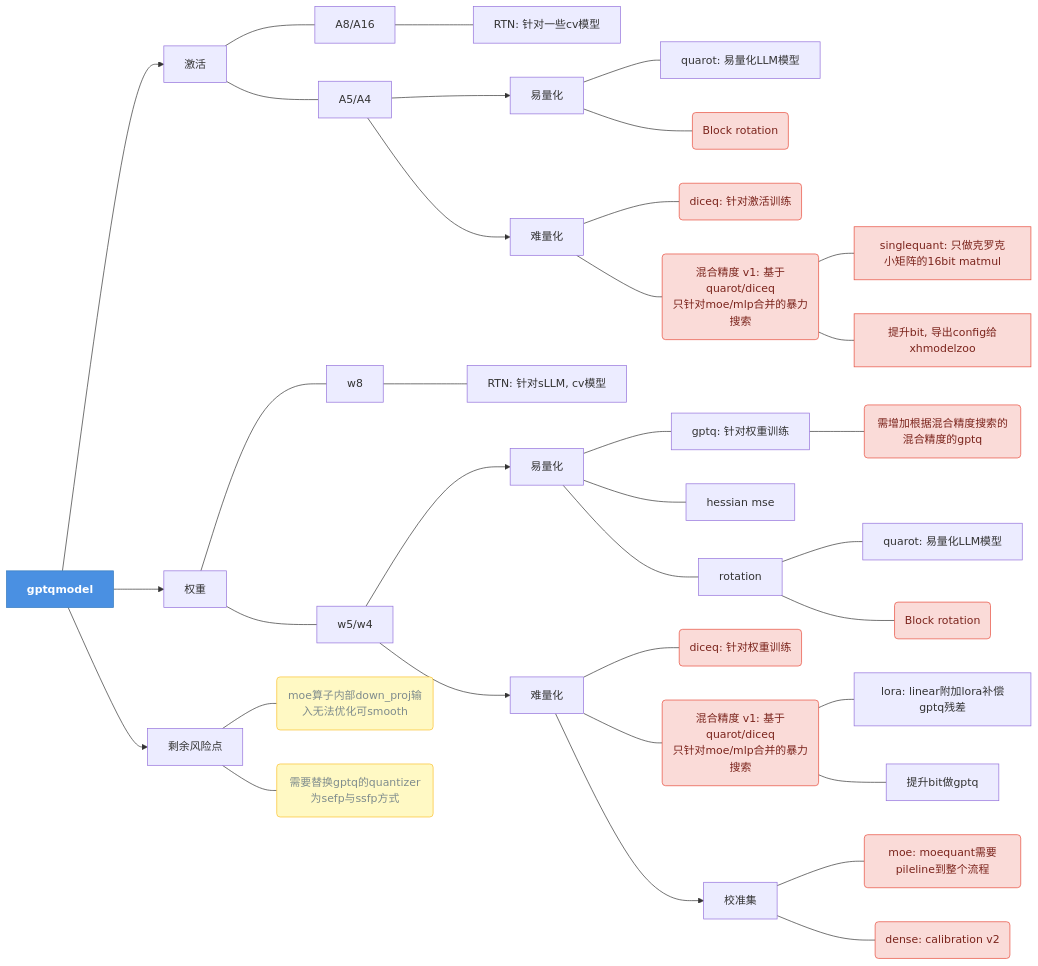
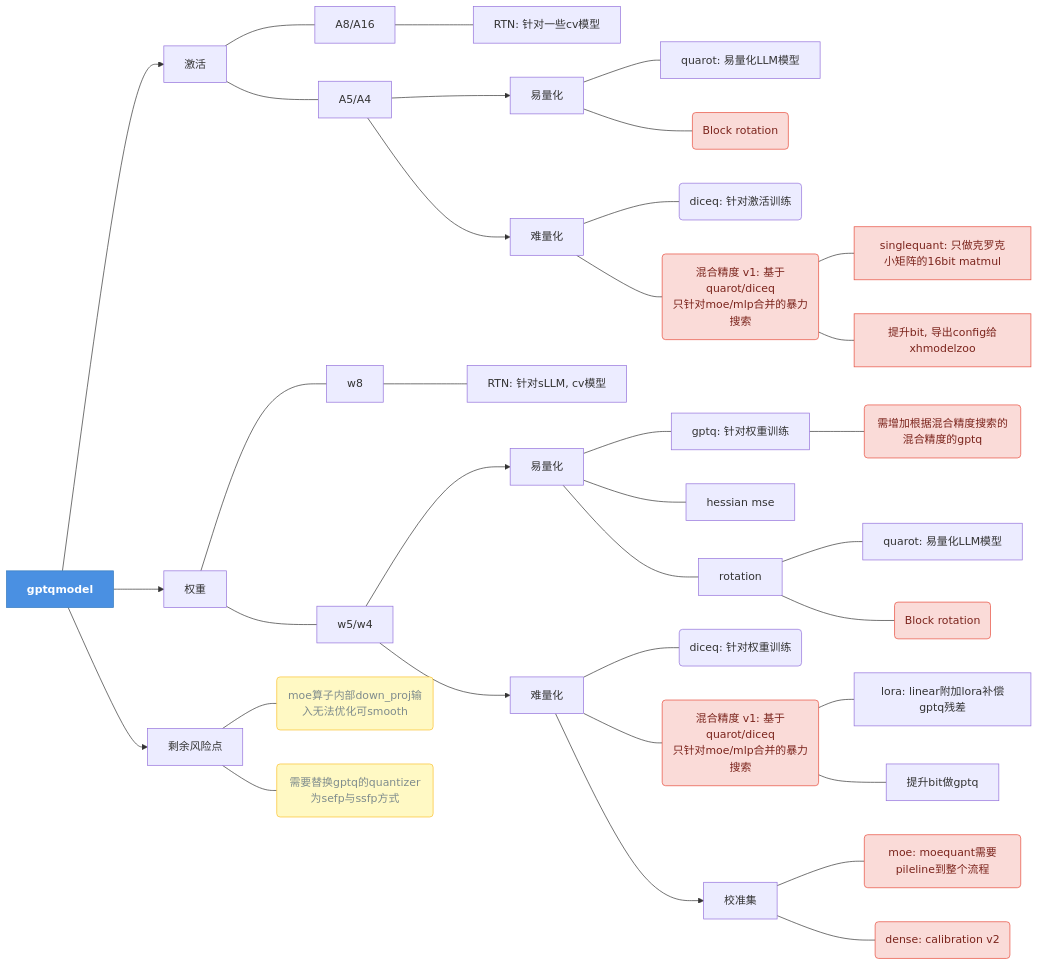
One commit to houmo-ai/postmo-gptqmodel changed the second of 2 diagrams in README_XH.md. Above: the diagram before and after it, drawn with Mermaid. The commit also changed other lines of this file and 11 other files, not shown here.

````diff
--- a/README_XH.md
+++ b/README_XH.md
@@ -48,55 +49,55 @@
 ```Mermaid 
 graph LR
     %% 定义样式
     classDef main fill:#4A90E2,stroke:#357ABD,color:white,font-weight:bold;
     classDef unfinished fill:#FADBD8,stroke:#E74C3C,color:#7B241C;
     classDef risk fill:#FFF9C4,stroke:#FBC02D,color:#7F8C8D;
 
     %% --- gptqmodel 逻辑树 ---
     Root[gptqmodel]:::main
     
     %% 激活分支
     Root --> Activation[激活]
     Activation --- A8[A8/A16]
     A8 --- RTN1[RTN: 针对一些cv模型]
     
     Activation --- A5[A5/A4]
     A5 --> A_Easy[易量化]
     A_Easy --- Quaro1[quarot: 易量化LLM模型]
     A_Easy --- BR1(Block rotation):::unfinished
     
     A5 --> A_Hard[难量化]
-    A_Hard --- Diceq1(diceq: 针对激活训练):::unfinished
+    A_Hard --- Diceq1(diceq: 针对激活训练)
     A_Hard --- Mixed1(混合精度 v1: 基于quarot/diceq<br/>只针对moe/mlp合并的暴力搜索):::unfinished
     Mixed1 --- SQ1[singlequant: 只做克罗克小矩阵的16bit matmul]:::unfinished
     Mixed1 --- Bit1[提升bit, 导出config给xhmodelzoo]:::unfinished
 
     %% 权重分支
     Root --> Weights[权重]
     Weights --- W8[w8]
     W8 --- RTN2[RTN: 针对sLLM, cv模型]
     
     Weights --- W5[w5/w4]
     W5 --> W_Easy[易量化]
     W_Easy --- GPTQ2[gptq: 针对权重训练]
     GPTQ2 --- Mixed3(需增加根据混合精度搜索的混合精度的gptq):::unfinished
     W_Easy --- Hessian[hessian mse]
     W_Easy --- Rot2[rotation]
     Rot2 --- Quaro2[quarot: 易量化LLM模型]
     Rot2 --- BR2(Block rotation):::unfinished
     
     W5 --> W_Hard[难量化]
-    W_Hard --- Diceq2(diceq: 针对权重训练):::unfinished
+    W_Hard --- Diceq2(diceq: 针对权重训练)
     W_Hard --- Mixed2(混合精度 v1: 基于quarot/diceq<br/>只针对moe/mlp合并的暴力搜索):::unfinished
     Mixed2 --- Lora[lora: linear附加lora补偿gptq残差]
     Mixed2 --- Bit2[提升bit做gptq]
     
     W_Hard --> Calib[校准集]
     Calib --- MoeQ(moe: moequant需要pileline到整个流程):::unfinished
     Calib --- DenseQ(dense: calibration v2):::unfinished
 
     %% 风险点
     Root --> Risks[剩余风险点]
     Risks --- R1(moe算子内部down_proj输入无法优化可smooth):::risk
     Risks --- R2(需要替换gptq的quantizer为sefp与ssfp方式):::risk
 ```
````
